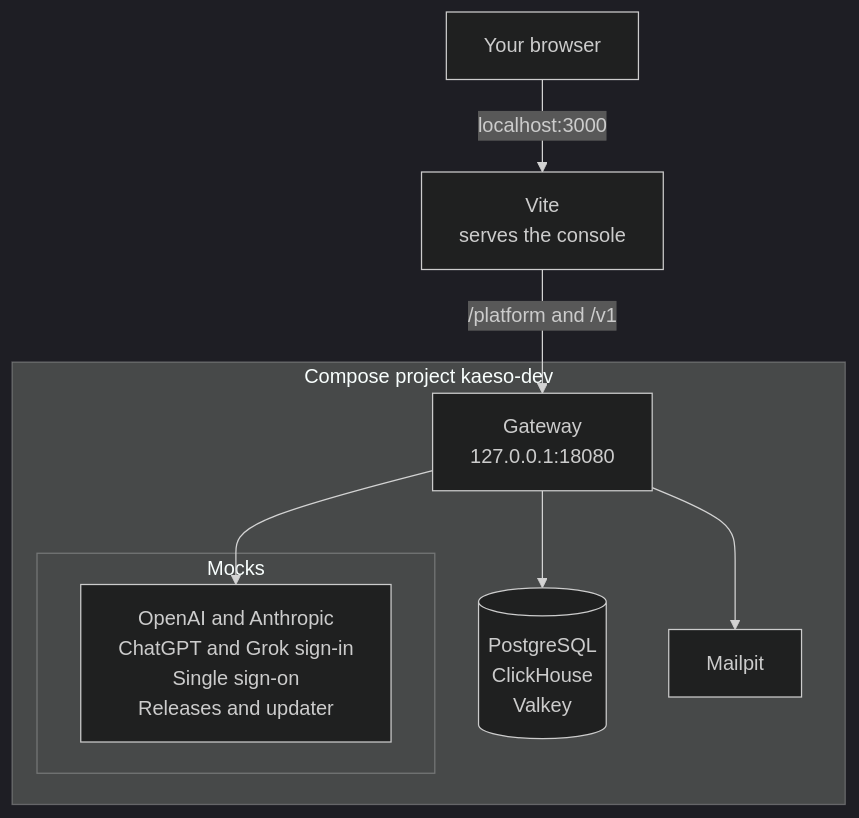
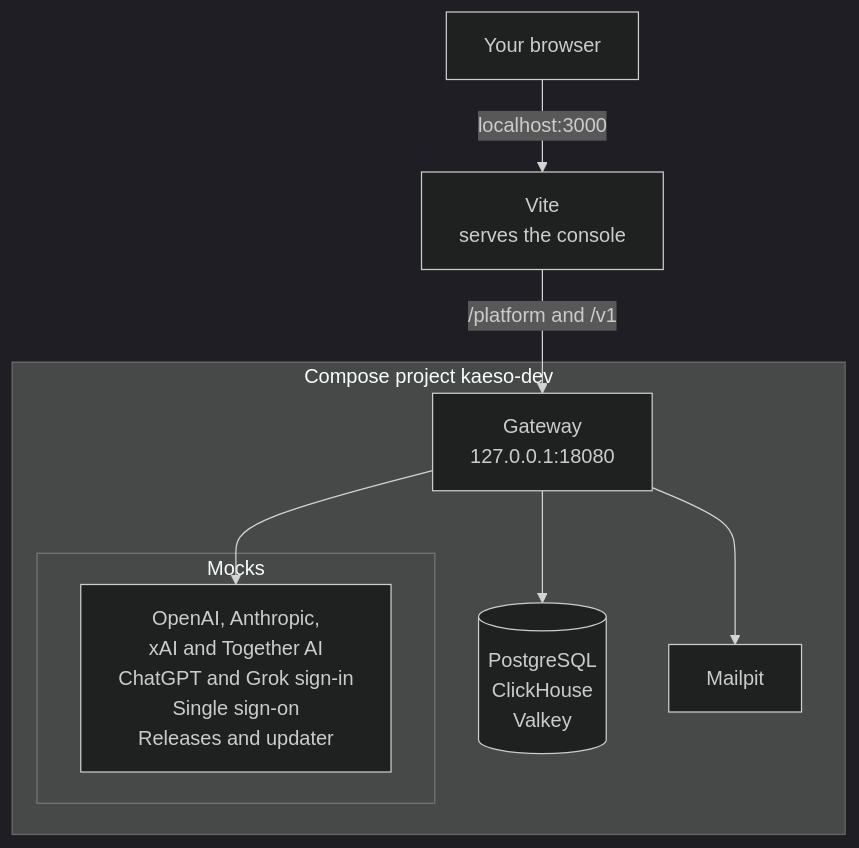
One commit to logicplanes/kaeso changed the diagram in apps/docs/content/en/development/stack.md. Above: the diagram before and after it, drawn with Mermaid (dark theme). The commit also changed other lines of this file and 33 other files, not shown here.

````diff
--- a/apps/docs/content/en/development/stack.md
+++ b/apps/docs/content/en/development/stack.md
@@ -9,18 +9,18 @@
 ```mermaid
 flowchart TD
   accTitle: The development stack
   accDescr: Your browser opens Vite on localhost:3000, which serves the console and sends /platform and /v1 on to the gateway on 127.0.0.1:18080. The gateway runs in the Compose project kaeso-dev with PostgreSQL, ClickHouse and Valkey, and calls the mock providers, the mock ChatGPT and Grok sign-in, the mock single sign-on, the mock releases and updater, and Mailpit.
   browser[Your browser]:::outside -- localhost:3000 --> vite[Vite<br>serves the console]
   vite -- /platform and /v1 --> gateway
   subgraph stack [Compose project kaeso-dev]
     gateway[Gateway<br>127.0.0.1:18080]:::accent
     data[(PostgreSQL<br>ClickHouse<br>Valkey)]
     subgraph mock [Mocks]
-      mocks[OpenAI and Anthropic<br>ChatGPT and Grok sign-in<br>Single sign-on<br>Releases and updater]
+      mocks[OpenAI, Anthropic,<br>xAI and Together AI<br>ChatGPT and Grok sign-in<br>Single sign-on<br>Releases and updater]
     end
     mail[Mailpit]
   end
   gateway --> data
   gateway --> mocks
   gateway --> mail
 ```
````
